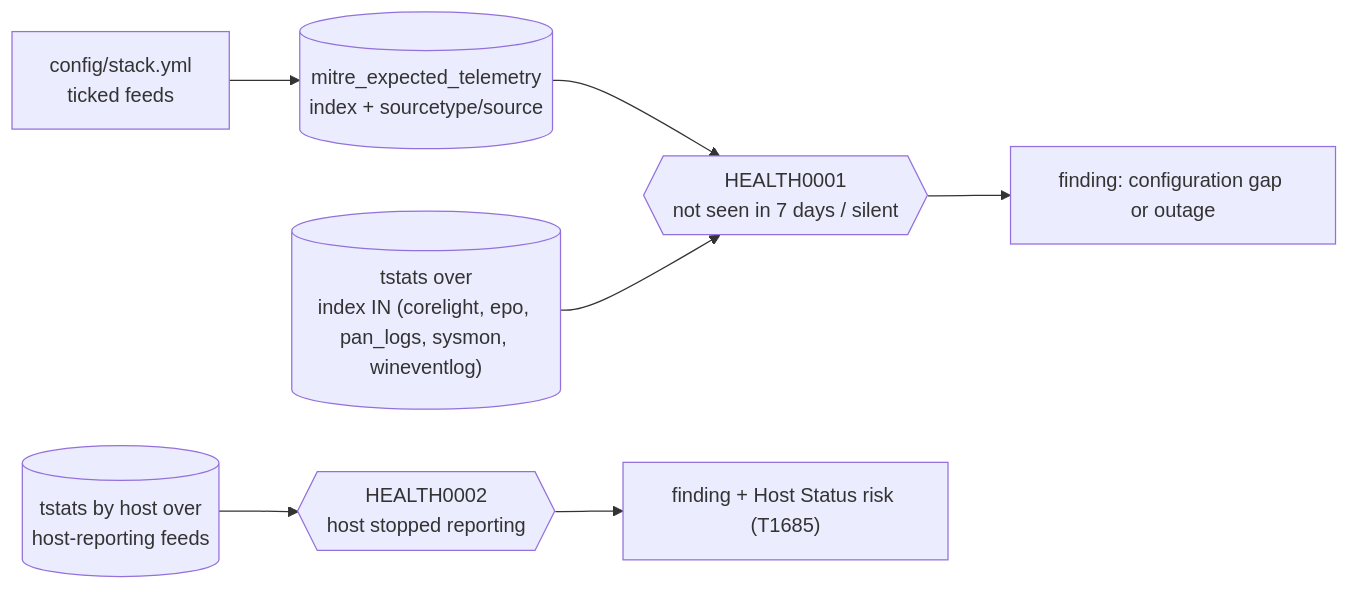
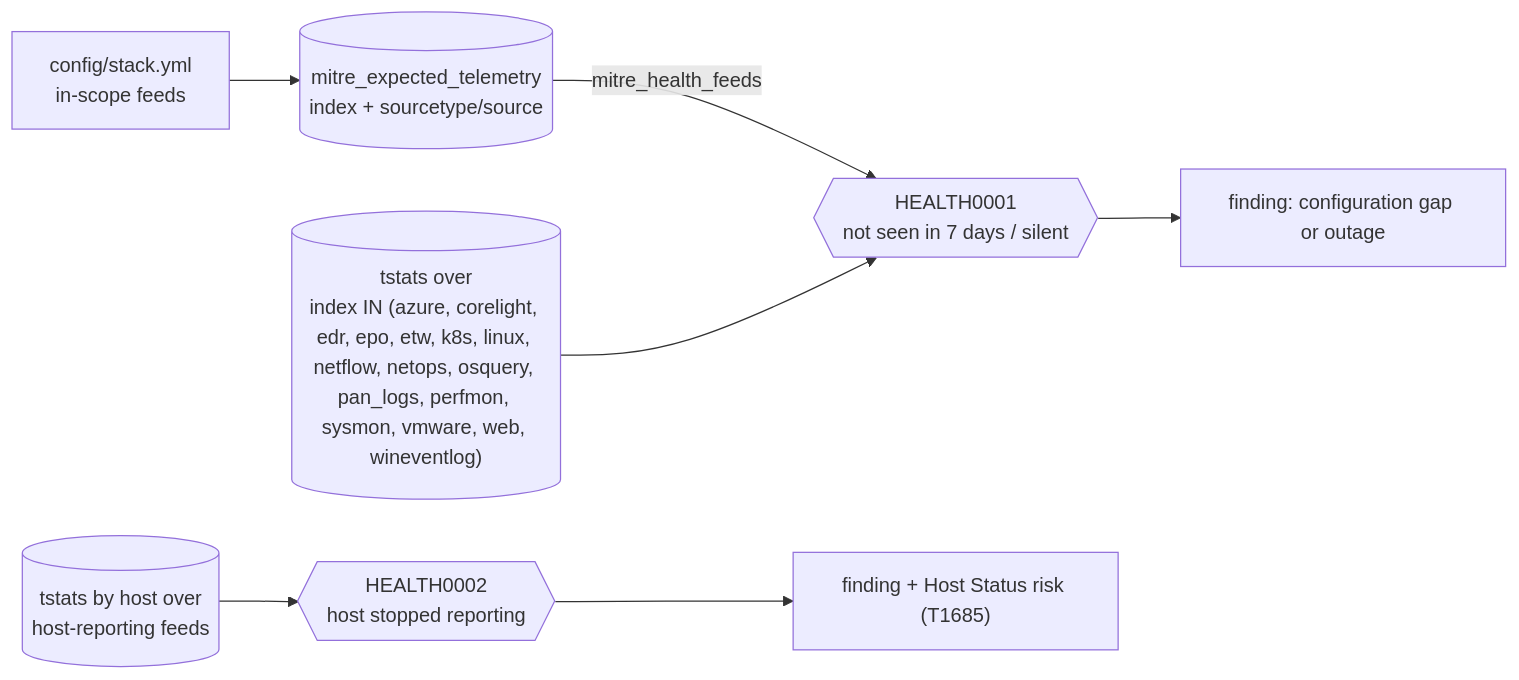
Before and after one commit to dev-nobytes-io/mitre-defensive-mappings-spl: the diagram in docs/health.md, drawn with Mermaid. The commit also changed other lines of this file and 366 other files, not shown here.

````diff
--- a/docs/health.md
+++ b/docs/health.md
@@ -5,9 +5,9 @@
 ```mermaid
 flowchart LR
-  ST["config/stack.yml<br/>ticked feeds"] --> LK[("mitre_expected_telemetry<br/>index + sourcetype/source")]
-  LK --> H1{{"HEALTH0001<br/>not seen in 7 days / silent"}}
-  TS[("tstats over<br/>index IN (corelight, epo, pan_logs, sysmon, wineventlog)")] --> H1
+  ST["config/stack.yml<br/>in-scope feeds"] --> LK[("mitre_expected_telemetry<br/>index + sourcetype/source")]
+  LK -- "mitre_health_feeds" --> H1{{"HEALTH0001<br/>not seen in 7 days / silent"}}
+  TS[("tstats over<br/>index IN (azure, corelight, edr, epo, etw, k8s, linux, netflow, netops, osquery, pan_logs, perfmon, sysmon, vmware, web, wineventlog)")] --> H1
   H1 --> F1["finding: configuration gap or outage"]
   HS[("tstats by host over<br/>host-reporting feeds")] --> H2{{"HEALTH0002<br/>host stopped reporting"}}
   H2 --> F2["finding + Host Status risk (T1685)"]
 ```
````
